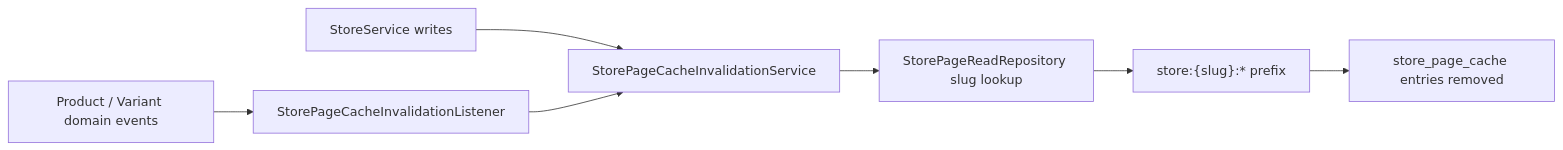
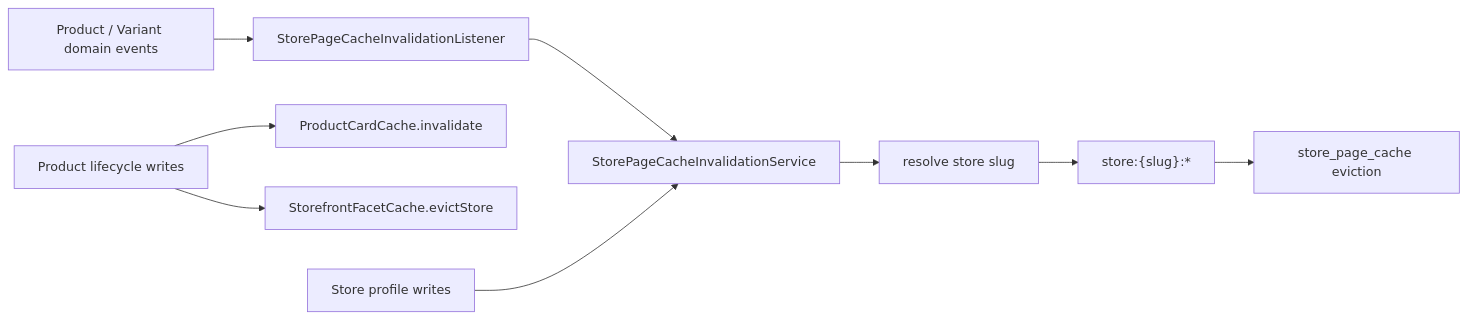
The fifth of 8 diagrams in documentation/12-seller-store-uml.md (mohammadAlhajeen/bun_commerce-public), drawn with Mermaid before and after one commit. The commit also changed other lines of this file and 29 other files, not shown here.

````diff
--- a/documentation/12-seller-store-uml.md
+++ b/documentation/12-seller-store-uml.md
@@ -221,9 +240,12 @@
 ```mermaid
 flowchart LR
     ProductEvents["Product / Variant domain events"] --> Listener["StorePageCacheInvalidationListener"]
-    StoreWrites["StoreService writes"] --> Invalidation["StorePageCacheInvalidationService"]
-    Listener --> Invalidation
-    Invalidation --> Lookup["StorePageReadRepository slug lookup"]
-    Lookup --> Prefix["store:{slug}:* prefix"]
-    Prefix --> Cache["store_page_cache entries removed"]
+    Listener --> PageInvalidation["StorePageCacheInvalidationService"]
+    PageInvalidation --> SlugLookup["resolve store slug"]
+    SlugLookup --> PagePrefix["store:{slug}:*"]
+    PagePrefix --> StorePageCache["store_page_cache eviction"]
+
+    ProductWrites["Product lifecycle writes"] --> CardCache["ProductCardCache.invalidate"]
+    ProductWrites --> FacetCache["StorefrontFacetCache.evictStore"]
+    StoreWrites["Store profile writes"] --> PageInvalidation
 ```
````
